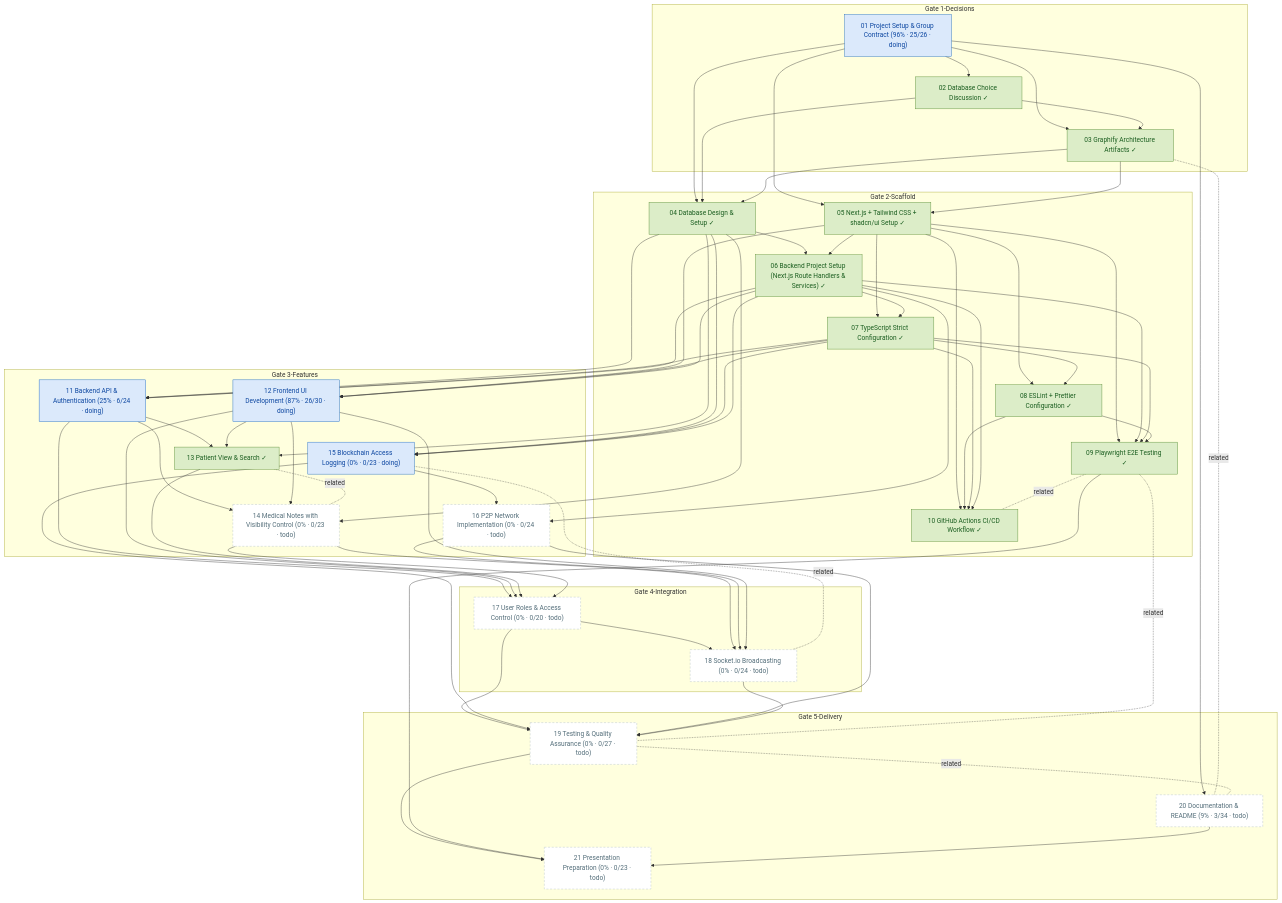
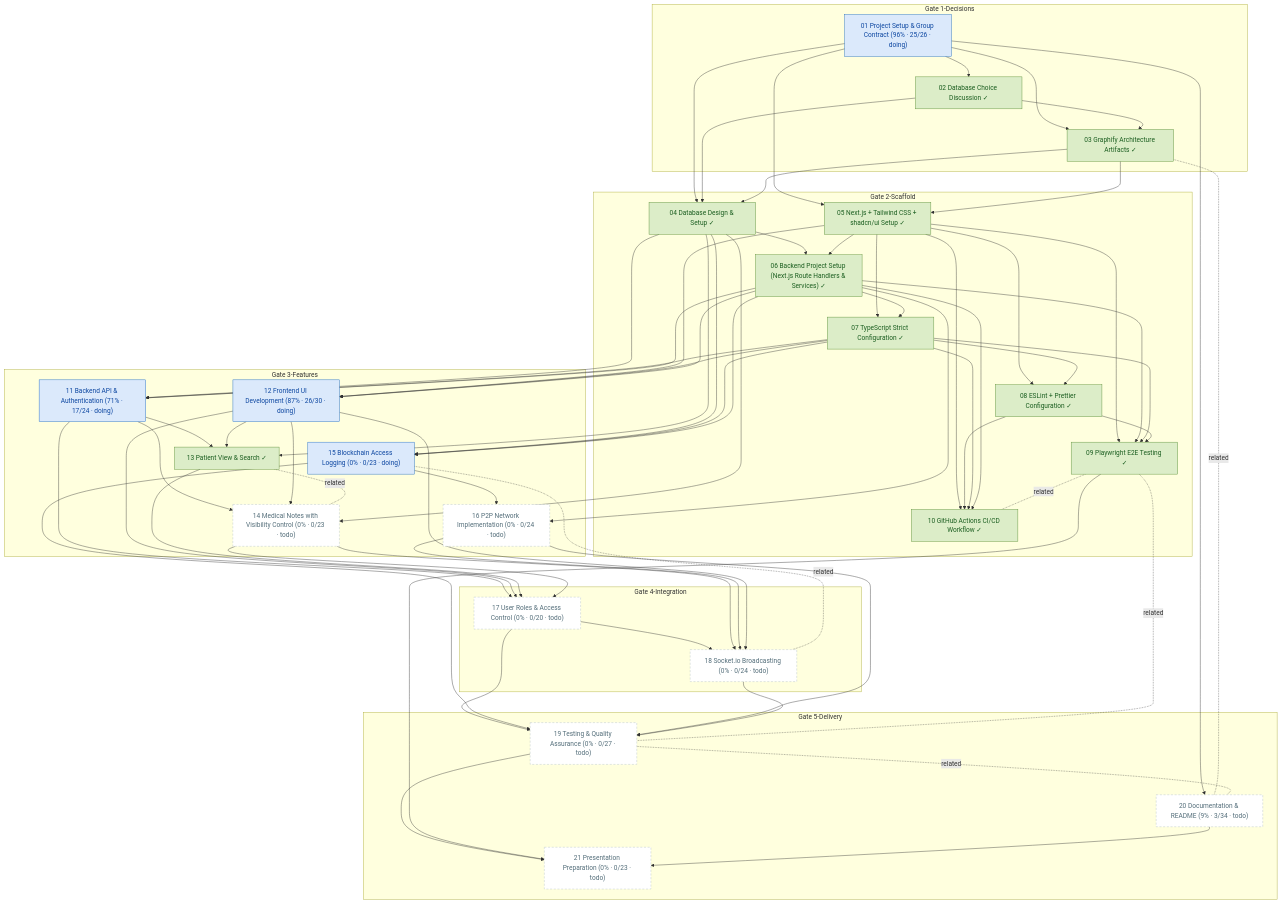
One commit to matdevstamp/inl-3-awesome-journal changed the diagram in docs/diagrams/task-dependencies.md. Above: the diagram before and after it, drawn with Mermaid. The commit also changed 2 other files, not shown here.

Commit message:
docs: update task 11 checkboxes and regenerate diagrams

```diff
--- a/docs/diagrams/task-dependencies.md
+++ b/docs/diagrams/task-dependencies.md
@@ -44,7 +44,7 @@
     T10["10 GitHub Actions CI/CD Workflow ✓"]
     end
     subgraph features["Gate 3-Features"]
-    T11["11 Backend API & Authentication (25% · 6/24 · doing)"]
+    T11["11 Backend API & Authentication (71% · 17/24 · doing)"]
     T12["12 Frontend UI Development (87% · 26/30 · doing)"]
     T13["13 Patient View & Search ✓"]
     T14["14 Medical Notes with Visibility Control (0% · 0/23 · todo)"]
```
